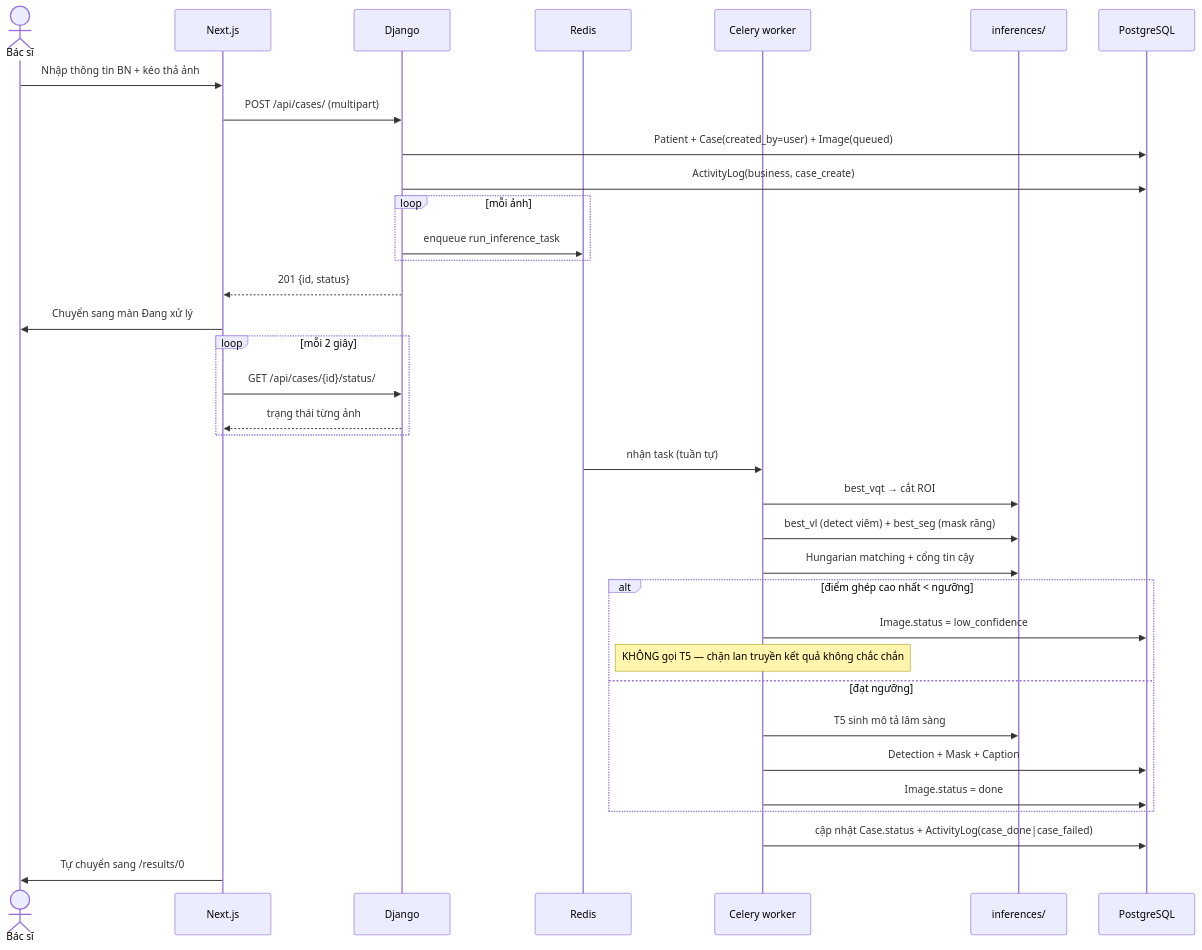
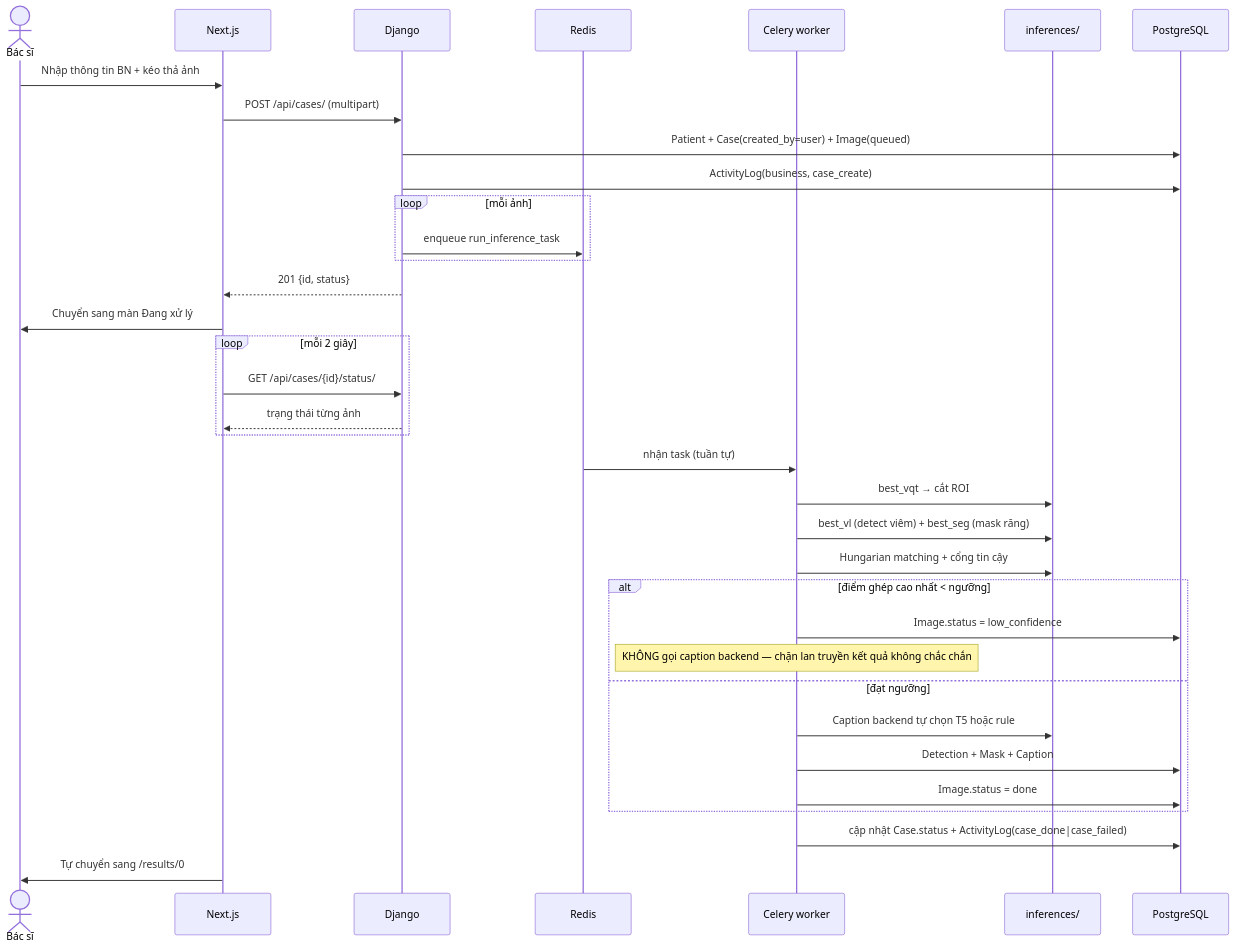
The fifth of 8 diagrams in web/docs/SYSTEM_DESIGN.md (tucpd0312-vnu/dentAI), drawn with Mermaid before and after one commit. The commit also changed other lines of this file and 10 other files, not shown here.

````diff
--- a/web/docs/SYSTEM_DESIGN.md
+++ b/web/docs/SYSTEM_DESIGN.md
@@ -557,41 +557,41 @@
 ```mermaid
 sequenceDiagram
     actor D as Bác sĩ
     participant FE as Next.js
     participant BE as Django
     participant RD as Redis
     participant WK as Celery worker
     participant AI as inferences/
     participant DB as PostgreSQL
 
     D->>FE: Nhập thông tin BN + kéo thả ảnh
     FE->>BE: POST /api/cases/ (multipart)
     BE->>DB: Patient + Case(created_by=user) + Image(queued)
     BE->>DB: ActivityLog(business, case_create)
     loop mỗi ảnh
         BE->>RD: enqueue run_inference_task
     end
     BE-->>FE: 201 {id, status}
     FE->>D: Chuyển sang màn Đang xử lý
 
     loop mỗi 2 giây
         FE->>BE: GET /api/cases/{id}/status/
         BE-->>FE: trạng thái từng ảnh
     end
 
     RD->>WK: nhận task (tuần tự)
     WK->>AI: best_vqt → cắt ROI
     WK->>AI: best_vl (detect viêm) + best_seg (mask răng)
     WK->>AI: Hungarian matching + cổng tin cậy
     alt điểm ghép cao nhất < ngưỡng
         WK->>DB: Image.status = low_confidence
-        Note over WK: KHÔNG gọi T5 — chặn lan truyền kết quả không chắc chắn
+        Note over WK: KHÔNG gọi caption backend — chặn lan truyền kết quả không chắc chắn
     else đạt ngưỡng
-        WK->>AI: T5 sinh mô tả lâm sàng
+        WK->>AI: Caption backend tự chọn T5 hoặc rule
         WK->>DB: Detection + Mask + Caption
         WK->>DB: Image.status = done
     end
     WK->>DB: cập nhật Case.status + ActivityLog(case_done|case_failed)
 
     FE->>D: Tự chuyển sang /results/0
 ```
````
